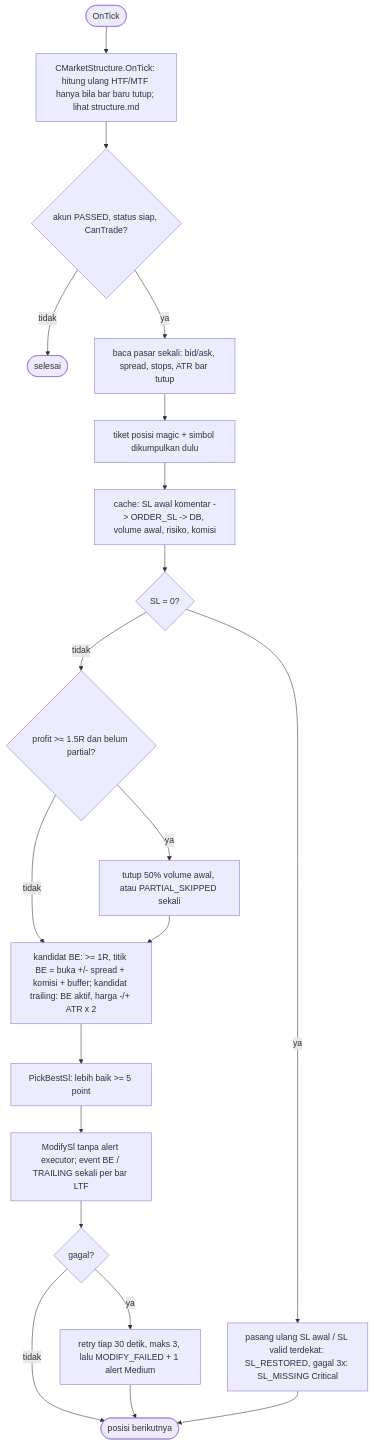
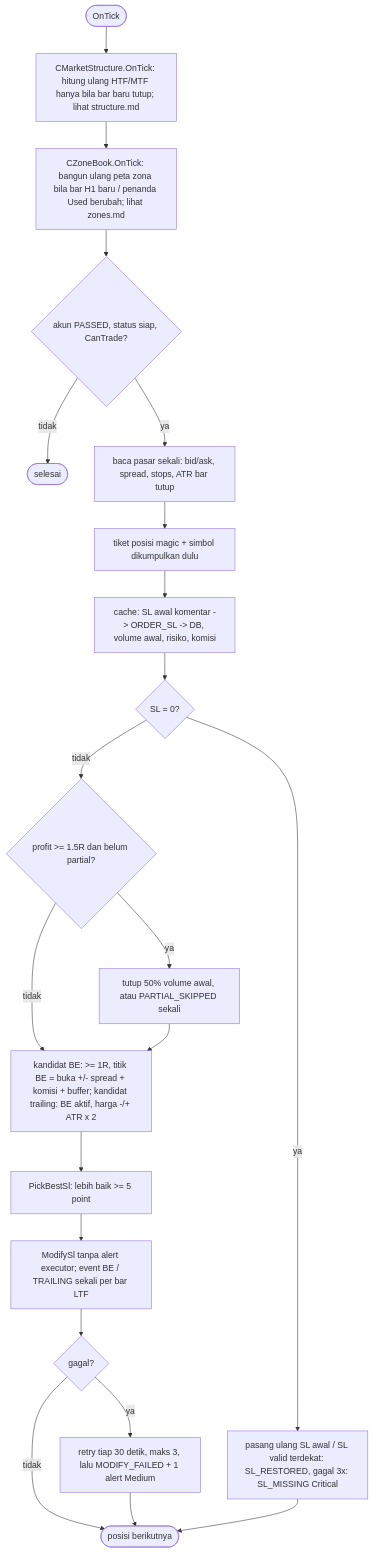
One commit to ndra969/trading-bot changed the diagram in sdbot/docs/flows/tick.md. Above: the diagram before and after it, drawn with Mermaid. The commit also changed 44 other files, not shown here.

````diff
--- a/sdbot/docs/flows/tick.md
+++ b/sdbot/docs/flows/tick.md
@@ -3,22 +3,23 @@
 ```mermaid
 flowchart TB
     T([OnTick]) --> AN[CMarketStructure.OnTick: hitung ulang HTF/MTF hanya bila bar baru tutup; lihat structure.md]
-    AN --> G{akun PASSED, status siap, CanTrade?}
+    AN --> ZN[CZoneBook.OnTick: bangun ulang peta zona bila bar H1 baru / penanda Used berubah; lihat zones.md]
+    ZN --> G{akun PASSED, status siap, CanTrade?}
     G -->|tidak| Z([selesai])
     G -->|ya| M[baca pasar sekali: bid/ask, spread, stops, ATR bar tutup]
     M --> L[tiket posisi magic + simbol dikumpulkan dulu]
     L --> C[cache: SL awal komentar -> ORDER_SL -> DB, volume awal, risiko, komisi]
     C --> S0{SL = 0?}
     S0 -->|ya| RS[pasang ulang SL awal / SL valid terdekat: SL_RESTORED, gagal 3x: SL_MISSING Critical]
     S0 -->|tidak| P{profit >= 1.5R dan belum partial?}
     P -->|ya| PC[tutup 50% volume awal, atau PARTIAL_SKIPPED sekali]
     P -->|tidak| SL
     PC --> SL[kandidat BE: >= 1R, titik BE = buka +/- spread + komisi + buffer; kandidat trailing: BE aktif, harga -/+ ATR x 2]
     SL --> B[PickBestSl: lebih baik >= 5 point]
     B --> MO[ModifySl tanpa alert executor; event BE / TRAILING sekali per bar LTF]
     MO --> F{gagal?}
     F -->|ya| RT[retry tiap 30 detik, maks 3, lalu MODIFY_FAILED + 1 alert Medium]
     F -->|tidak| N([posisi berikutnya])
     RT --> N
     RS --> N
 ```
````
